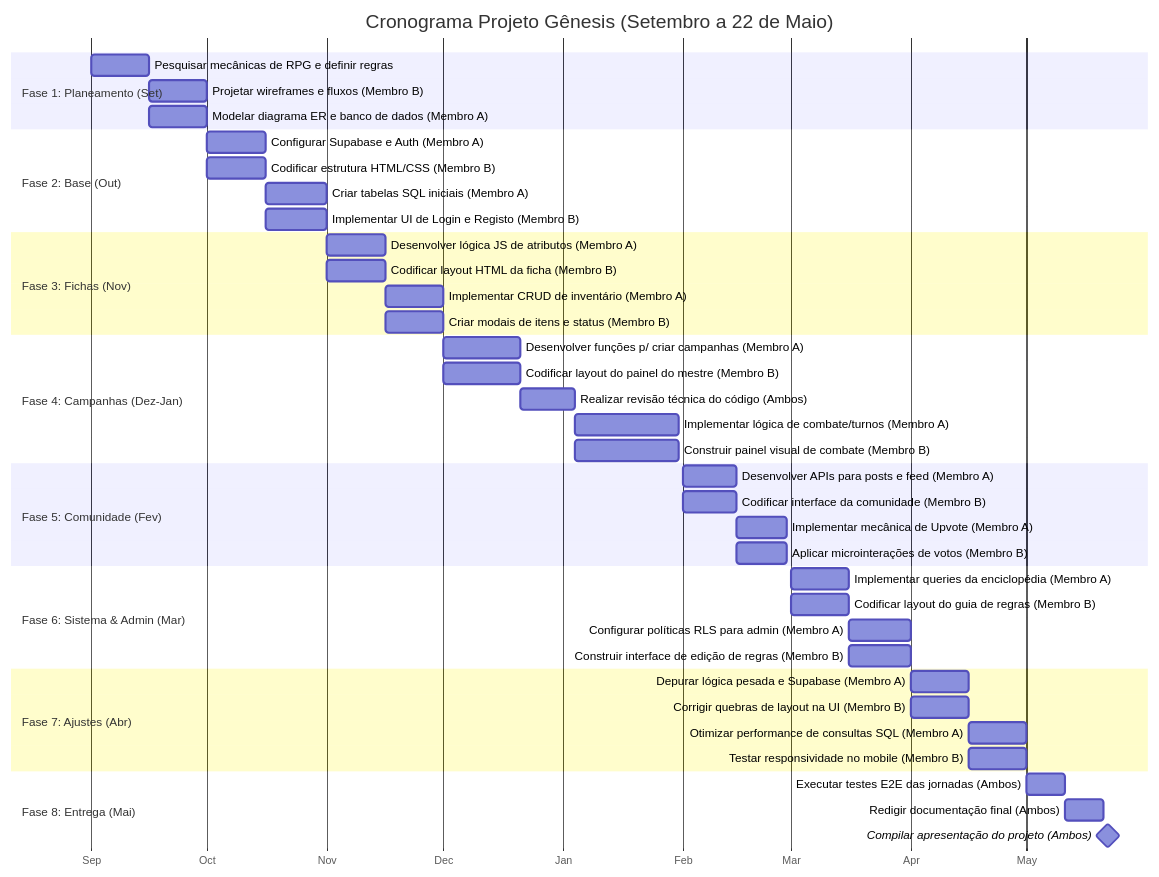
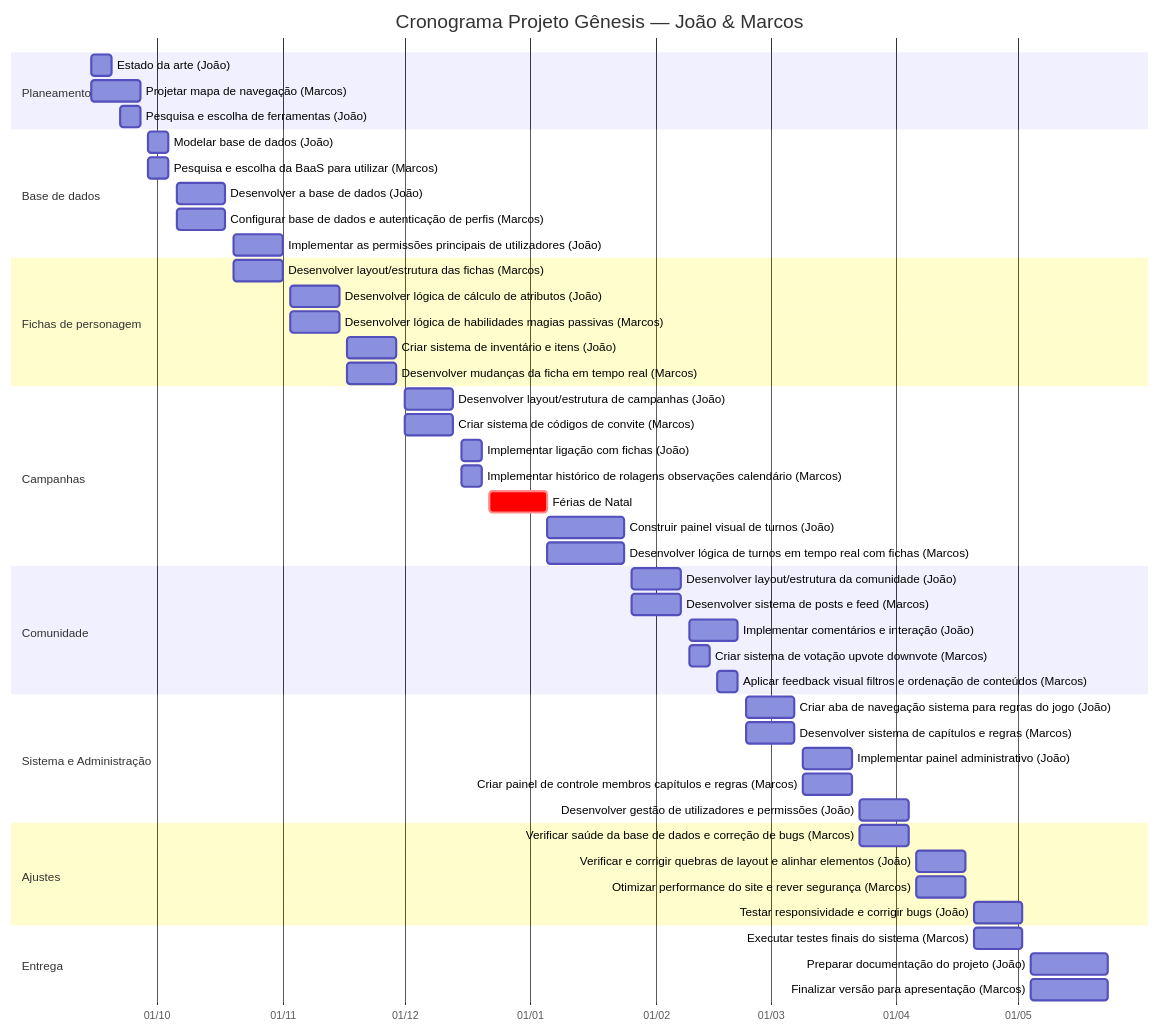
The diagram in CRONOGRAMA_PROJETO.md (zimererlucas/PAP---Site-de-RPG), drawn with Mermaid before and after one commit. The commit also changed other lines of this file and 5 other files, not shown here.

````diff
--- a/CRONOGRAMA_PROJETO.md
+++ b/CRONOGRAMA_PROJETO.md
@@ -13,53 +10,59 @@
 ```mermaid
 gantt
-    title Cronograma Projeto Gênesis (Setembro a 22 de Maio)
+    title Cronograma Projeto Gênesis — João & Marcos
     dateFormat YYYY-MM-DD
-    axisFormat %b
+    axisFormat %d/%m
 
-    section Fase 1: Planeamento (Set)
-    Pesquisar mecânicas de RPG e definir regras        :a1, 2025-09-01, 15d
-    Projetar wireframes e fluxos (Membro B)            :a2, 2025-09-16, 15d
-    Modelar diagrama ER e banco de dados (Membro A)    :a3, 2025-09-16, 15d
+    section Planeamento
+    Estado da arte (João)                                                :2025-09-15, 5d
+    Projetar mapa de navegação (Marcos)                                  :2025-09-15, 12d
+    Pesquisa e escolha de ferramentas (João)                             :2025-09-22, 5d
 
-    section Fase 2: Base (Out)
-    Configurar Supabase e Auth (Membro A)              :b1, 2025-10-01, 15d
-    Codificar estrutura HTML/CSS (Membro B)            :b2, 2025-10-01, 15d
-    Criar tabelas SQL iniciais (Membro A)              :b3, 2025-10-16, 16d
-    Implementar UI de Login e Registo (Membro B)       :b4, 2025-10-16, 16d
+    section Base de dados
+    Modelar base de dados (João)                                         :2025-09-29, 5d
+    Pesquisa e escolha da BaaS para utilizar (Marcos)                    :2025-09-29, 5d
+    Desenvolver a base de dados (João)                                   :2025-10-06, 12d
+    Configurar base de dados e autenticação de perfis (Marcos)           :2025-10-06, 12d
+    Implementar as permissões principais de utilizadores (João)          :2025-10-20, 12d
 
-    section Fase 3: Fichas (Nov)
-    Desenvolver lógica JS de atributos (Membro A)      :c1, 2025-11-01, 15d
-    Codificar layout HTML da ficha (Membro B)          :c2, 2025-11-01, 15d
-    Implementar CRUD de inventário (Membro A)          :c3, 2025-11-16, 15d
-    Criar modais de itens e status (Membro B)          :c4, 2025-11-16, 15d
+    section Fichas de personagem
+    Desenvolver layout/estrutura das fichas (Marcos)                     :2025-10-20, 12d
+    Desenvolver lógica de cálculo de atributos (João)                    :2025-11-03, 12d
+    Desenvolver lógica de habilidades magias passivas (Marcos)           :2025-11-03, 12d
+    Criar sistema de inventário e itens (João)                           :2025-11-17, 12d
+    Desenvolver mudanças da ficha em tempo real (Marcos)                 :2025-11-17, 12d
 
-    section Fase 4: Campanhas (Dez-Jan)
-    Desenvolver funções p/ criar campanhas (Membro A)  :d1, 2025-12-01, 20d
-    Codificar layout do painel do mestre (Membro B)    :d2, 2025-12-01, 20d
-    Realizar revisão técnica do código (Ambos)         :d3, 2025-12-21, 14d
-    Implementar lógica de combate/turnos (Membro A)    :d4, 2026-01-04, 27d
-    Construir painel visual de combate (Membro B)      :d5, 2026-01-04, 27d
+    section Campanhas
+    Desenvolver layout/estrutura de campanhas (João)                     :2025-12-01, 12d
+    Criar sistema de códigos de convite (Marcos)                         :2025-12-01, 12d
+    Implementar ligação com fichas (João)                                :2025-12-15, 5d
+    Implementar histórico de rolagens observações calendário (Marcos)    :2025-12-15, 5d
+    Férias de Natal                                                      :crit, 2025-12-22, 14d
+    Construir painel visual de turnos (João)                             :2026-01-05, 19d
+    Desenvolver lógica de turnos em tempo real com fichas (Marcos)       :2026-01-05, 19d
 
-    section Fase 5: Comunidade (Fev)
-    Desenvolver APIs para posts e feed (Membro A)      :e1, 2026-02-01, 14d
-    Codificar interface da comunidade (Membro B)       :e2, 2026-02-01, 14d
-    Implementar mecânica de Upvote (Membro A)          :e3, 2026-02-15, 13d
-    Aplicar microinterações de votos (Membro B)        :e4, 2026-02-15, 13d
+    section Comunidade
+    Desenvolver layout/estrutura da comunidade (João)                    :2026-01-26, 12d
+    Desenvolver sistema de posts e feed (Marcos)                         :2026-01-26, 12d
+    Implementar comentários e interação (João)                           :2026-02-09, 12d
+    Criar sistema de votação upvote downvote (Marcos)                    :2026-02-09, 5d
+    Aplicar feedback visual filtros e ordenação de conteúdos (Marcos)    :2026-02-16, 5d
 
-    section Fase 6: Sistema & Admin (Mar)
-    Implementar queries da enciclopédia (Membro A)     :f1, 2026-03-01, 15d
-    Codificar layout do guia de regras (Membro B)      :f2, 2026-03-01, 15d
-    Configurar políticas RLS para admin (Membro A)     :f3, 2026-03-16, 16d
-    Construir interface de edição de regras (Membro B) :f4, 2026-03-16, 16d
+    section Sistema e Administração
+    Criar aba de navegação sistema para regras do jogo (João)            :2026-02-23, 12d
+    Desenvolver sistema de capítulos e regras (Marcos)                   :2026-02-23, 12d
+    Implementar painel administrativo (João)                             :2026-03-09, 12d
+    Criar painel de controle membros capítulos e regras (Marcos)         :2026-03-09, 12d
+    Desenvolver gestão de utilizadores e permissões (João)               :2026-03-23, 12d
 
-    section Fase 7: Ajustes (Abr)
-    Depurar lógica pesada e Supabase (Membro A)        :g1, 2026-04-01, 15d
-    Corrigir quebras de layout na UI (Membro B)        :g2, 2026-04-01, 15d
-    Otimizar performance de consultas SQL (Membro A)   :g3, 2026-04-16, 15d
-    Testar responsividade no mobile (Membro B)         :g4, 2026-04-16, 15d
+    section Ajustes
+    Verificar saúde da base de dados e correção de bugs (Marcos)         :2026-03-23, 12d
+    Verificar e corrigir quebras de layout e alinhar elementos (João)    :2026-04-06, 12d
+    Otimizar performance do site e rever segurança (Marcos)              :2026-04-06, 12d
+    Testar responsividade e corrigir bugs (João)                         :2026-04-20, 12d
 
-    section Fase 8: Entrega (Mai)
-    Executar testes E2E das jornadas (Ambos)           :h1, 2026-05-01, 10d
-    Redigir documentação final (Ambos)                 :h2, 2026-05-11, 10d
-    Compilar apresentação do projeto (Ambos)           :milestone, 2026-05-22, 0d
+    section Entrega
+    Executar testes finais do sistema (Marcos)                           :2026-04-20, 12d
+    Preparar documentação do projeto (João)                              :2026-05-04, 19d
+    Finalizar versão para apresentação (Marcos)                          :2026-05-04, 19d
 ```
````
